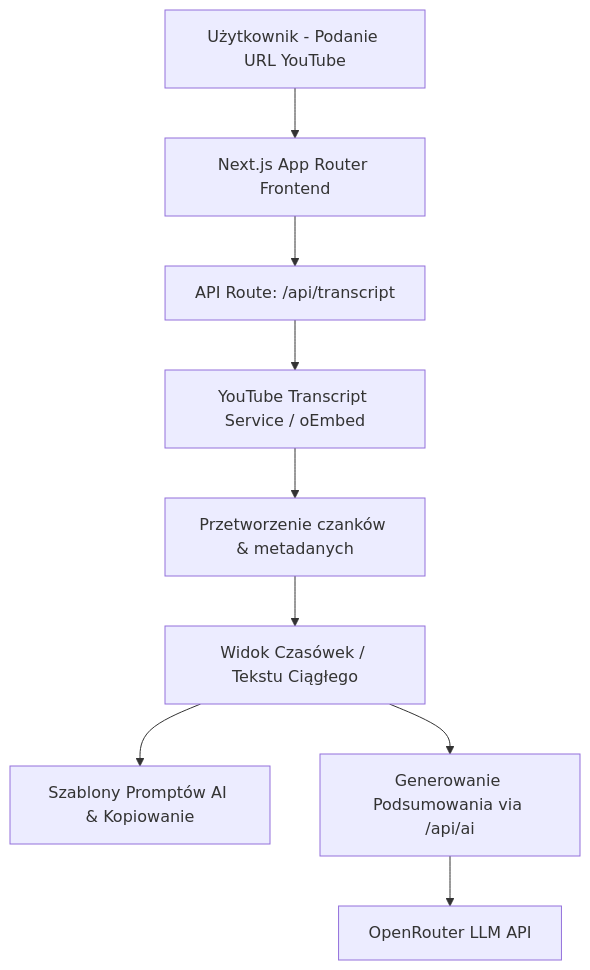
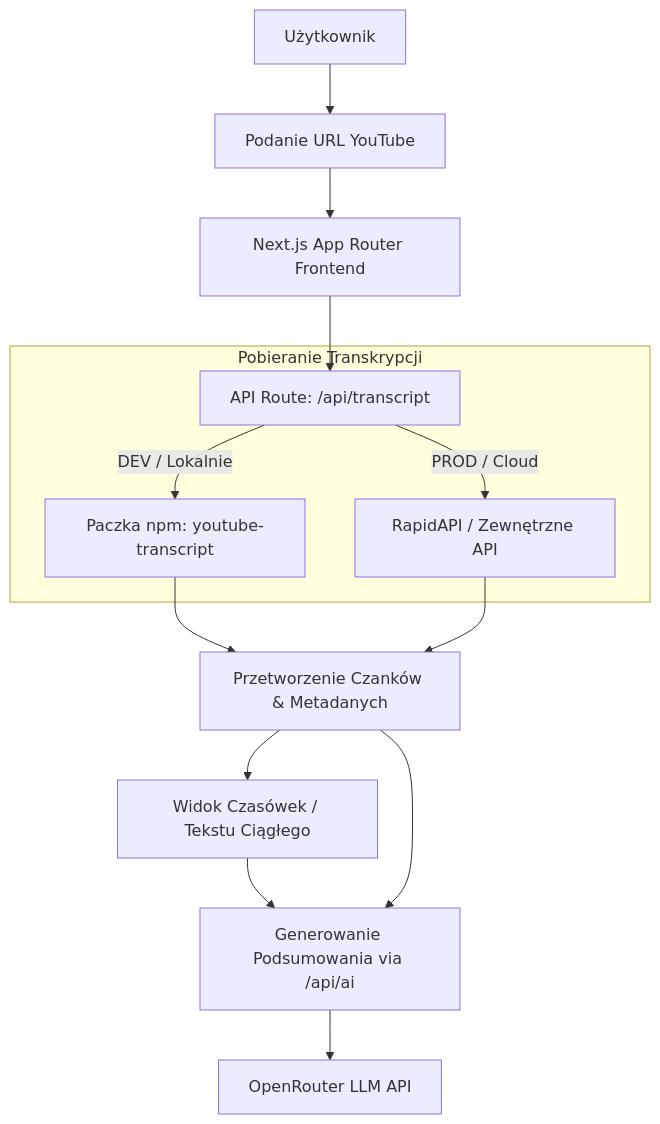
The diagram in README.md (AlenJakob/yt-transcript-analyzer), drawn with Mermaid before and after one commit.

Commit message:
feat: readme update

````diff
--- a/README.md
+++ b/README.md
@@ -54,11 +54,18 @@
 ```mermaid
 graph TD
-    A[Użytkownik - Podanie URL YouTube] --> B[Next.js App Router Frontend]
-    B --> C[API Route: /api/transcript]
-    C --> D[YouTube Transcript Service / oEmbed]
-    D --> E[Przetworzenie czanków & metadanych]
-    E --> F[Widok Czasówek / Tekstu Ciągłego]
-    F --> G[Szablony Promptów AI & Kopiowanie]
+    A[Użytkownik] --> B[Podanie URL YouTube]
+    B --> C[Next.js App Router Frontend]
+    C --> D[API Route: /api/transcript]
+
+    subgraph Pobieranie Transkrypcji
+        D -->|DEV / Lokalnie| E1[Paczka npm: youtube-transcript]
+        D -->|PROD / Cloud| E2[RapidAPI / Zewnętrzne API]
+    end
+
+    E1 --> F[Przetworzenie Czanków & Metadanych]
+    E2 --> F
+    F --> G[Widok Czasówek / Tekstu Ciągłego]
+    G --> H[Szablony Promptów AI & Kopiowanie]
     F --> H[Generowanie Podsumowania via /api/ai]
     H --> I[OpenRouter LLM API]
 ```
````
